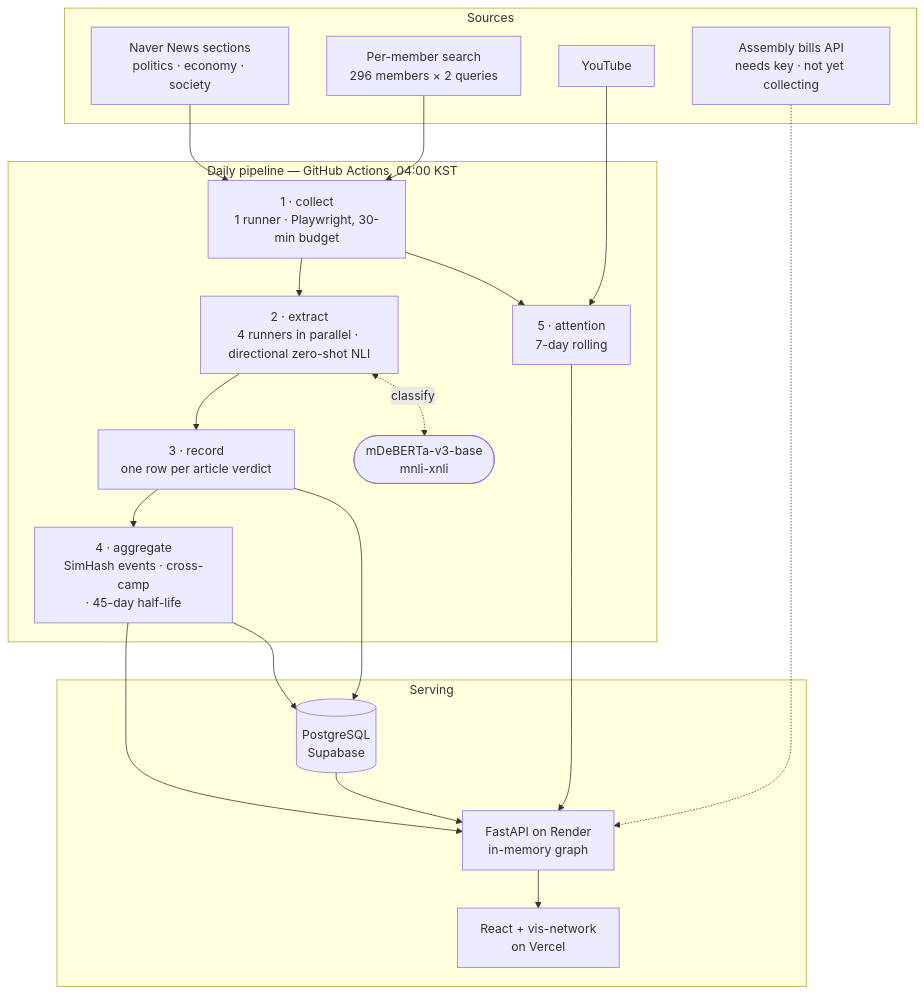
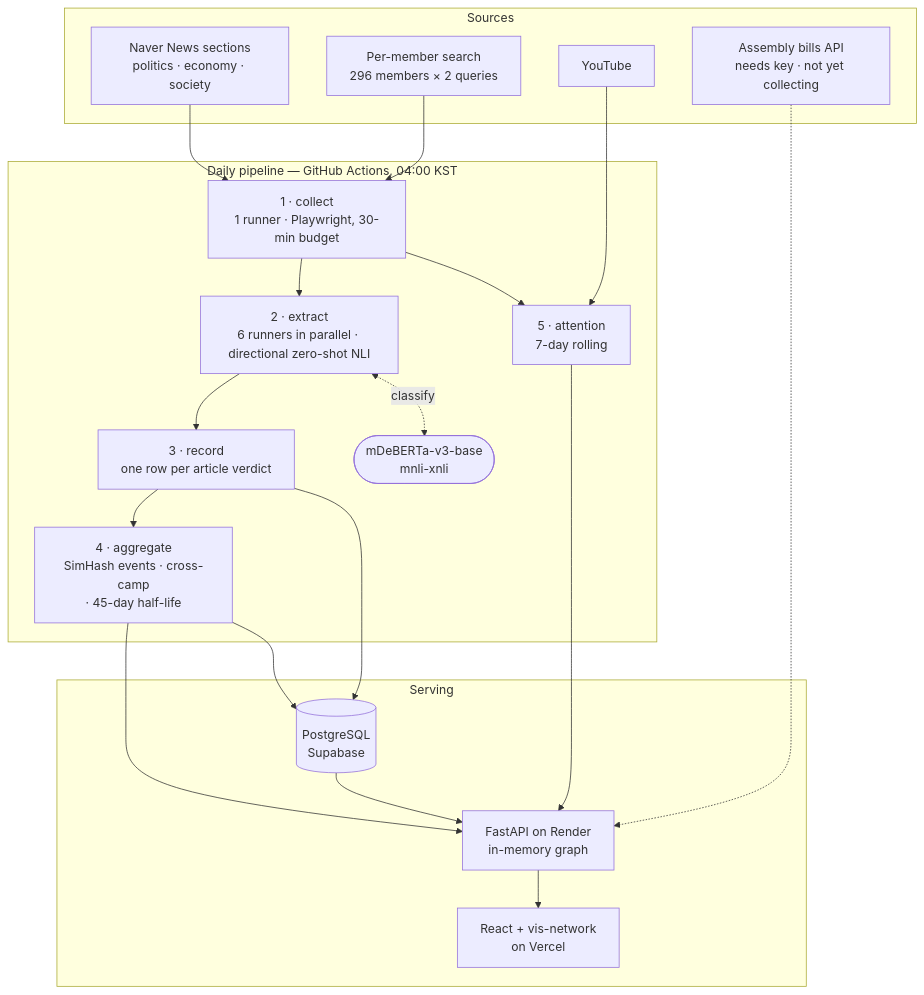
One commit to showjihyun/KoreaPolitician changed the diagram in README.md. Above: the diagram before and after it, drawn with Mermaid. The commit also changed other lines of this file and 2 other files, not shown here.

````diff
--- a/README.md
+++ b/README.md
@@ -69,35 +69,35 @@
 ```mermaid
 flowchart TB
     subgraph S["Sources"]
         A["Naver News sections<br/>politics · economy · society"]
         B["Per-member search<br/>296 members × 2 queries"]
         C["YouTube"]
         D["Assembly bills API<br/>needs key · not yet collecting"]
     end
 
     subgraph P["Daily pipeline — GitHub Actions, 04:00 KST"]
         E["1 · collect<br/>1 runner · Playwright, 30-min budget"]
-        F["2 · extract<br/>4 runners in parallel · directional zero-shot NLI"]
+        F["2 · extract<br/>6 runners in parallel · directional zero-shot NLI"]
         M(["mDeBERTa-v3-base<br/>mnli-xnli"])
         G["3 · record<br/>one row per article verdict"]
         H["4 · aggregate<br/>SimHash events · cross-camp<br/>· 45-day half-life"]
         I["5 · attention<br/>7-day rolling"]
     end
 
     subgraph B2["Serving"]
         J[("PostgreSQL<br/>Supabase")]
         K["FastAPI on Render<br/>in-memory graph"]
         L["React + vis-network<br/>on Vercel"]
     end
 
     A --> E
     B --> E
     E --> F --> G --> H --> K
     F <-. classify .-> M
     C --> I
     E --> I --> K
     D -.-> K
     G --> J
     H --> J
     J --> K --> L
 ```
````
